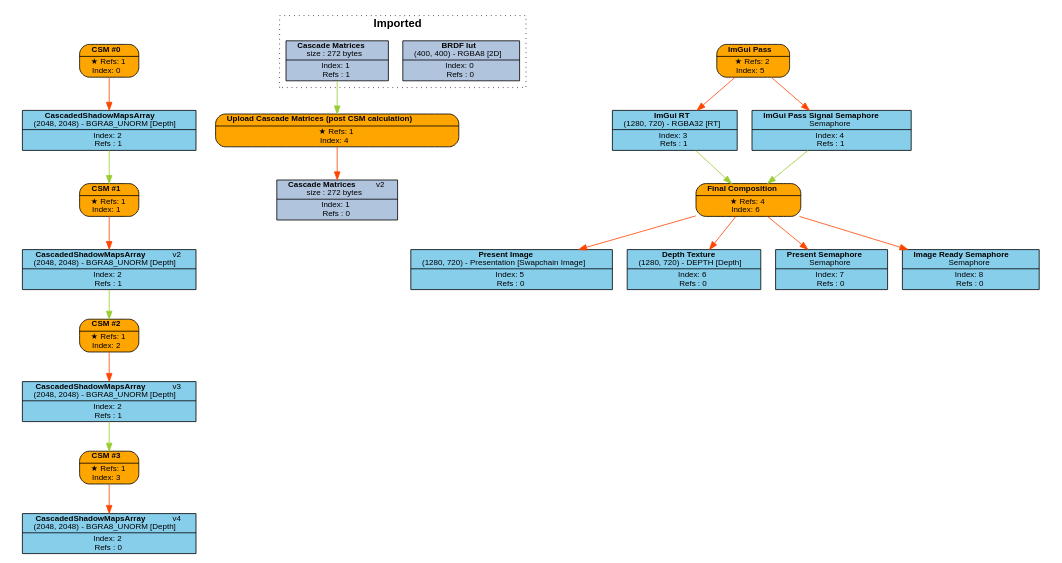
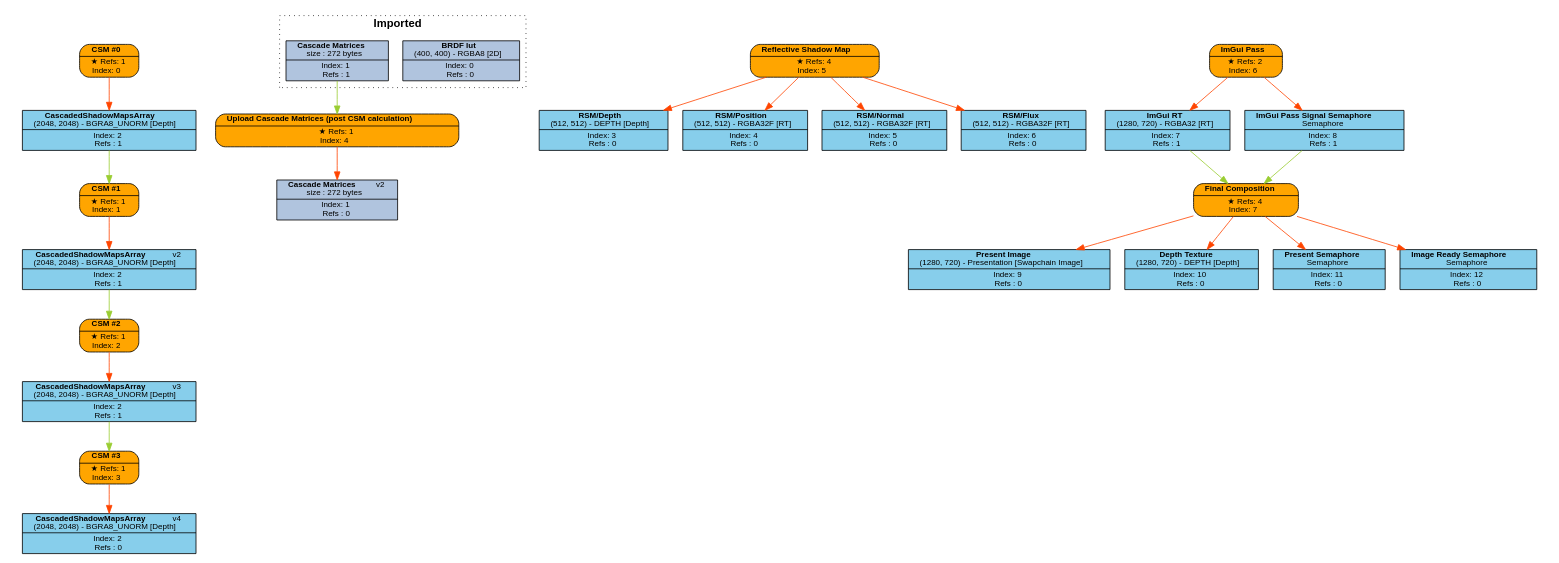
Before and after one commit to Pikachuxxxx/Razix: the diagram in Engine/content/FrameGraphs/frame_graph_test.dot, drawn with Graphviz. The commit also changed 16 other files, not shown here.

```diff
--- a/Engine/content/FrameGraphs/frame_graph_test.dot
+++ b/Engine/content/FrameGraphs/frame_graph_test.dot
@@ -1,76 +1,89 @@
 digraph FrameGraph {
 graph [style=invis, rankdir="TB" ordering=out, splines=spline]
 node [shape=record, fontname="helvetica", fontsize=10, margin="0.2,0.03"]
 
 P0 [label=<{ {<B>CSM #0</B>} | {&#x2605; Refs: 1<BR/> Index: 0} }> style="rounded,filled", fillcolor=orange]
 P1 [label=<{ {<B>CSM #1</B>} | {&#x2605; Refs: 1<BR/> Index: 1} }> style="rounded,filled", fillcolor=orange]
 P2 [label=<{ {<B>CSM #2</B>} | {&#x2605; Refs: 1<BR/> Index: 2} }> style="rounded,filled", fillcolor=orange]
 P3 [label=<{ {<B>CSM #3</B>} | {&#x2605; Refs: 1<BR/> Index: 3} }> style="rounded,filled", fillcolor=orange]
 P4 [label=<{ {<B>Upload Cascade Matrices (post CSM calculation)</B>} | {&#x2605; Refs: 1<BR/> Index: 4} }> style="rounded,filled", fillcolor=orange]
-P5 [label=<{ {<B>ImGui Pass</B>} | {&#x2605; Refs: 2<BR/> Index: 5} }> style="rounded,filled", fillcolor=orange]
-P6 [label=<{ {<B>Final Composition</B>} | {&#x2605; Refs: 4<BR/> Index: 6} }> style="rounded,filled", fillcolor=orange]
+P5 [label=<{ {<B>Reflective Shadow Map</B>} | {&#x2605; Refs: 4<BR/> Index: 5} }> style="rounded,filled", fillcolor=orange]
+P6 [label=<{ {<B>ImGui Pass</B>} | {&#x2605; Refs: 2<BR/> Index: 6} }> style="rounded,filled", fillcolor=orange]
+P7 [label=<{ {<B>Final Composition</B>} | {&#x2605; Refs: 4<BR/> Index: 7} }> style="rounded,filled", fillcolor=orange]
 
 R0_1 [label=<{ {<B>BRDF lut</B><BR/>(400, 400) - RGBA8 [2D]} | {Index: 0<BR/>Refs : 0} }> style=filled, fillcolor=lightsteelblue]
 R1_1 [label=<{ {<B>Cascade Matrices</B><BR/>size : 272 bytes} | {Index: 1<BR/>Refs : 1} }> style=filled, fillcolor=lightsteelblue]
 R2_1 [label=<{ {<B>CascadedShadowMapsArray</B><BR/>(2048, 2048) - BGRA8_UNORM [Depth]} | {Index: 2<BR/>Refs : 1} }> style=filled, fillcolor=skyblue]
 R2_2 [label=<{ {<B>CascadedShadowMapsArray</B>   <FONT>v2</FONT><BR/>(2048, 2048) - BGRA8_UNORM [Depth]} | {Index: 2<BR/>Refs : 1} }> style=filled, fillcolor=skyblue]
 R2_3 [label=<{ {<B>CascadedShadowMapsArray</B>   <FONT>v3</FONT><BR/>(2048, 2048) - BGRA8_UNORM [Depth]} | {Index: 2<BR/>Refs : 1} }> style=filled, fillcolor=skyblue]
 R2_4 [label=<{ {<B>CascadedShadowMapsArray</B>   <FONT>v4</FONT><BR/>(2048, 2048) - BGRA8_UNORM [Depth]} | {Index: 2<BR/>Refs : 0} }> style=filled, fillcolor=skyblue]
 R1_2 [label=<{ {<B>Cascade Matrices</B>   <FONT>v2</FONT><BR/>size : 272 bytes} | {Index: 1<BR/>Refs : 0} }> style=filled, fillcolor=lightsteelblue]
-R3_1 [label=<{ {<B>ImGui RT</B><BR/>(1280, 720) - RGBA32 [RT]} | {Index: 3<BR/>Refs : 1} }> style=filled, fillcolor=skyblue]
-R4_1 [label=<{ {<B>ImGui Pass Signal Semaphore</B><BR/>Semaphore} | {Index: 4<BR/>Refs : 1} }> style=filled, fillcolor=skyblue]
-R5_1 [label=<{ {<B>Present Image</B><BR/>(1280, 720) - Presentation [Swapchain Image]} | {Index: 5<BR/>Refs : 0} }> style=filled, fillcolor=skyblue]
-R6_1 [label=<{ {<B>Depth Texture</B><BR/>(1280, 720) - DEPTH [Depth]} | {Index: 6<BR/>Refs : 0} }> style=filled, fillcolor=skyblue]
-R7_1 [label=<{ {<B>Present Semaphore</B><BR/>Semaphore} | {Index: 7<BR/>Refs : 0} }> style=filled, fillcolor=skyblue]
-R8_1 [label=<{ {<B>Image Ready Semaphore</B><BR/>Semaphore} | {Index: 8<BR/>Refs : 0} }> style=filled, fillcolor=skyblue]
+R3_1 [label=<{ {<B>RSM/Depth</B><BR/>(512, 512) - DEPTH [Depth]} | {Index: 3<BR/>Refs : 0} }> style=filled, fillcolor=skyblue]
+R4_1 [label=<{ {<B>RSM/Position</B><BR/>(512, 512) - RGBA32F [RT]} | {Index: 4<BR/>Refs : 0} }> style=filled, fillcolor=skyblue]
+R5_1 [label=<{ {<B>RSM/Normal</B><BR/>(512, 512) - RGBA32F [RT]} | {Index: 5<BR/>Refs : 0} }> style=filled, fillcolor=skyblue]
+R6_1 [label=<{ {<B>RSM/Flux</B><BR/>(512, 512) - RGBA32F [RT]} | {Index: 6<BR/>Refs : 0} }> style=filled, fillcolor=skyblue]
+R7_1 [label=<{ {<B>ImGui RT</B><BR/>(1280, 720) - RGBA32 [RT]} | {Index: 7<BR/>Refs : 1} }> style=filled, fillcolor=skyblue]
+R8_1 [label=<{ {<B>ImGui Pass Signal Semaphore</B><BR/>Semaphore} | {Index: 8<BR/>Refs : 1} }> style=filled, fillcolor=skyblue]
+R9_1 [label=<{ {<B>Present Image</B><BR/>(1280, 720) - Presentation [Swapchain Image]} | {Index: 9<BR/>Refs : 0} }> style=filled, fillcolor=skyblue]
+R10_1 [label=<{ {<B>Depth Texture</B><BR/>(1280, 720) - DEPTH [Depth]} | {Index: 10<BR/>Refs : 0} }> style=filled, fillcolor=skyblue]
+R11_1 [label=<{ {<B>Present Semaphore</B><BR/>Semaphore} | {Index: 11<BR/>Refs : 0} }> style=filled, fillcolor=skyblue]
+R12_1 [label=<{ {<B>Image Ready Semaphore</B><BR/>Semaphore} | {Index: 12<BR/>Refs : 0} }> style=filled, fillcolor=skyblue]
 
 P0 -> { R2_1 } [color=orangered]
 P1 -> { R2_2 } [color=orangered]
 P2 -> { R2_3 } [color=orangered]
 P3 -> { R2_4 } [color=orangered]
 P4 -> { R1_2 } [color=orangered]
-P5 -> { R3_1 R4_1 } [color=orangered]
-P6 -> { R5_1 R6_1 R7_1 R8_1 } [color=orangered]
+P5 -> { R3_1 R4_1 R5_1 R6_1 } [color=orangered]
+P6 -> { R7_1 R8_1 } [color=orangered]
+P7 -> { R9_1 R10_1 R11_1 R12_1 } [color=orangered]
 
 R0_1 -> { } [color=olivedrab3]
 R1_1 -> { P4 } [color=olivedrab3]
 R2_1 -> { P1 } [color=olivedrab3]
 R2_2 -> { P2 } [color=olivedrab3]
 R2_3 -> { P3 } [color=olivedrab3]
 R2_4 -> { } [color=olivedrab3]
 R1_2 -> { } [color=olivedrab3]
-R3_1 -> { P6 } [color=olivedrab3]
-R4_1 -> { P6 } [color=olivedrab3]
+R3_1 -> { } [color=olivedrab3]
+R4_1 -> { } [color=olivedrab3]
 R5_1 -> { } [color=olivedrab3]
 R6_1 -> { } [color=olivedrab3]
-R7_1 -> { } [color=olivedrab3]
-R8_1 -> { } [color=olivedrab3]
+R7_1 -> { P7 } [color=olivedrab3]
+R8_1 -> { P7 } [color=olivedrab3]
+R9_1 -> { } [color=olivedrab3]
+R10_1 -> { } [color=olivedrab3]
+R11_1 -> { } [color=olivedrab3]
+R12_1 -> { } [color=olivedrab3]
 
 subgraph cluster_0 {
 P0 R2_1 
 }
 subgraph cluster_1 {
 P1 
 }
 subgraph cluster_2 {
 P2 
 }
 subgraph cluster_3 {
 P3 
 }
 subgraph cluster_4 {
 P4 
 }
 subgraph cluster_5 {
-P5 R3_1 R4_1 
+P5 R3_1 R4_1 R5_1 R6_1 
 }
 subgraph cluster_6 {
-P6 R5_1 R6_1 R7_1 R8_1 
+P6 R7_1 R8_1 
+}
+subgraph cluster_7 {
+P7 R9_1 R10_1 R11_1 R12_1 
 }
 
 subgraph cluster_imported_resources {
 graph [style=dotted, fontname="helvetica", label=< <B>Imported</B> >]
 R0_1 R1_1 
 }
 
 }
```
